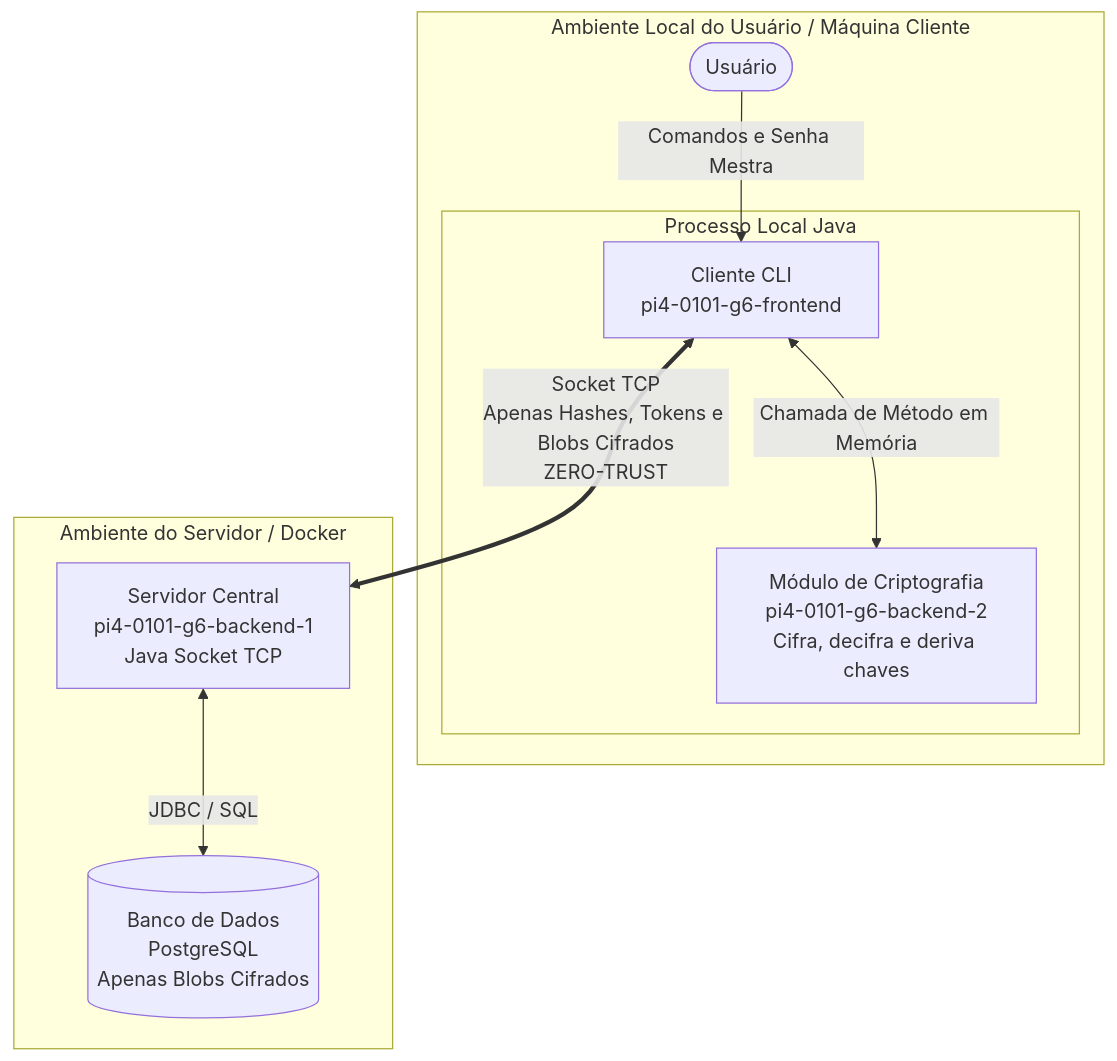
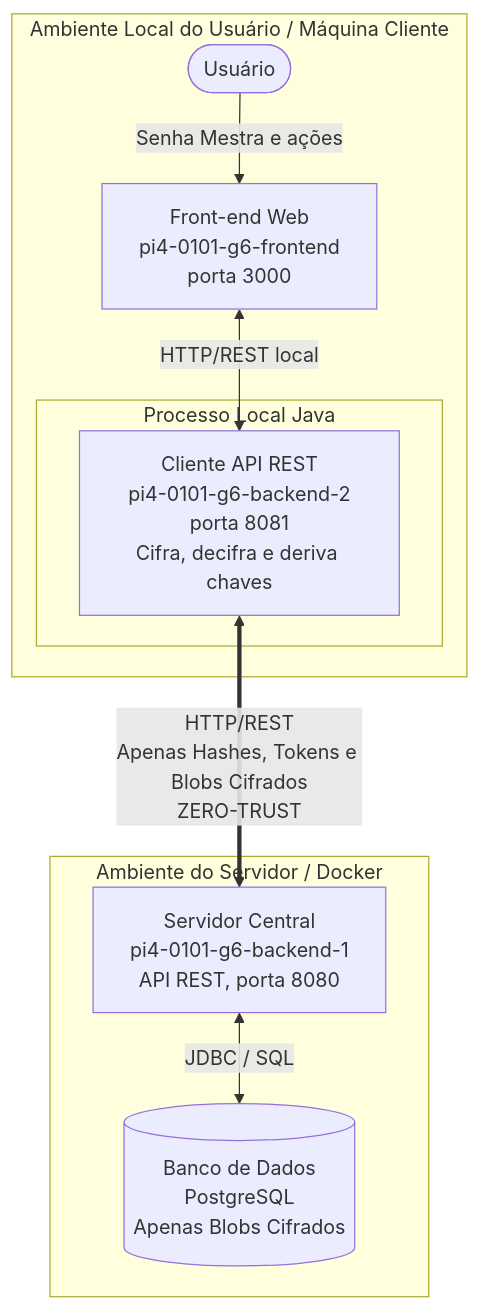
The diagram in docs/fluxos/VisaoGeral.md (egili/pi4-0101-g6-frontend), drawn with Mermaid before and after one commit. The commit also changed other lines of this file and 1 other file, not shown here.

First line of the commit message:
Docs: arquitetura cliente-servidor via API REST, sem CLI nem Socket

````diff
--- a/docs/fluxos/VisaoGeral.md
+++ b/docs/fluxos/VisaoGeral.md
@@ -32,17 +32,18 @@
 ```mermaid
 flowchart TD
     subgraph HostCliente [Ambiente Local do Usuário / Máquina Cliente]
-        U([Usuário]) -->|Comandos e Senha Mestra| CLI[Cliente CLI<br>pi4-0101-g6-frontend]
+        U([Usuário]) -->|Senha Mestra e ações| FE[Front-end Web<br>pi4-0101-g6-frontend<br>porta 3000]
         subgraph ProcessoCliente [Processo Local Java]
-            CLI <-->|Chamada de Método em Memória| CM[Módulo de Criptografia<br>pi4-0101-g6-backend-2<br>Cifra, decifra e deriva chaves]
+            CM[Cliente API REST<br>pi4-0101-g6-backend-2<br>porta 8081<br>Cifra, decifra e deriva chaves]
         end
+        FE <-->|HTTP/REST local| CM
     end
 
     subgraph HostServidor [Ambiente do Servidor / Docker]
-        S[Servidor Central<br>pi4-0101-g6-backend-1<br>Java Socket TCP]
+        S[Servidor Central<br>pi4-0101-g6-backend-1<br>API REST, porta 8080]
         DB[(Banco de Dados<br>PostgreSQL<br>Apenas Blobs Cifrados)]
         S <-->|JDBC / SQL| DB
     end
 
-    CLI <==>|Socket TCP<br>Apenas Hashes, Tokens e Blobs Cifrados<br>ZERO-TRUST| S
+    CM <==>|HTTP/REST<br>Apenas Hashes, Tokens e Blobs Cifrados<br>ZERO-TRUST| S
 ```
````
